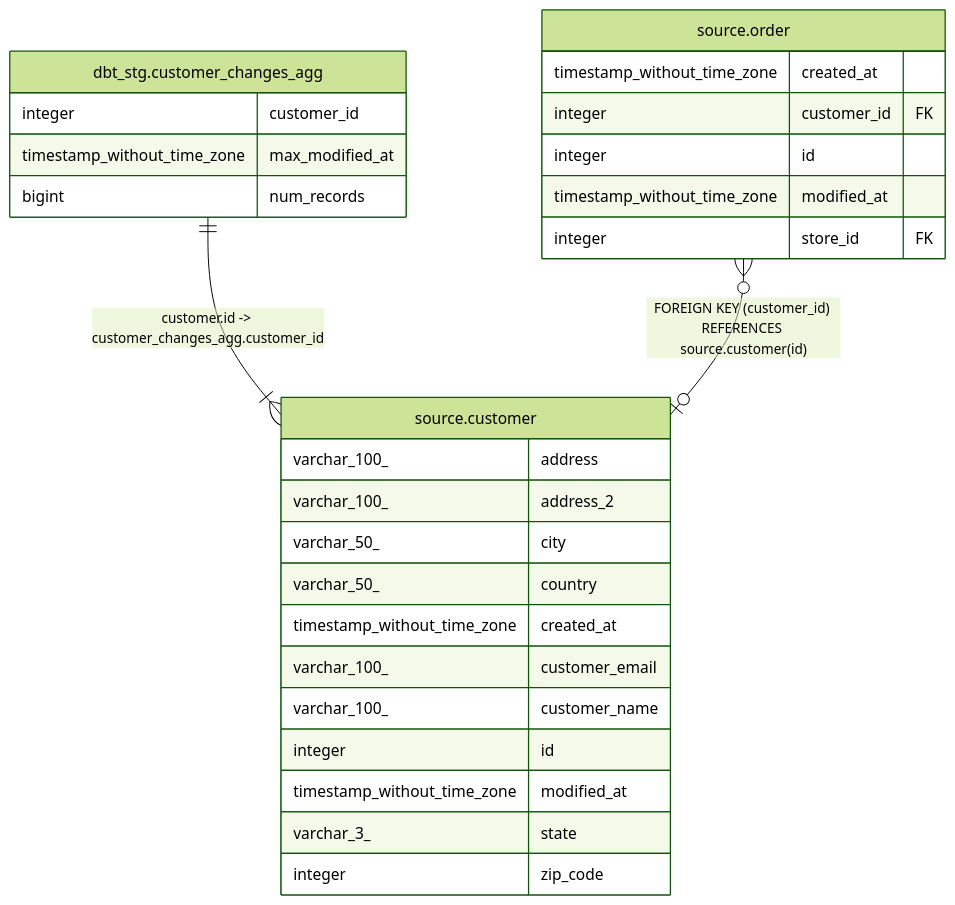
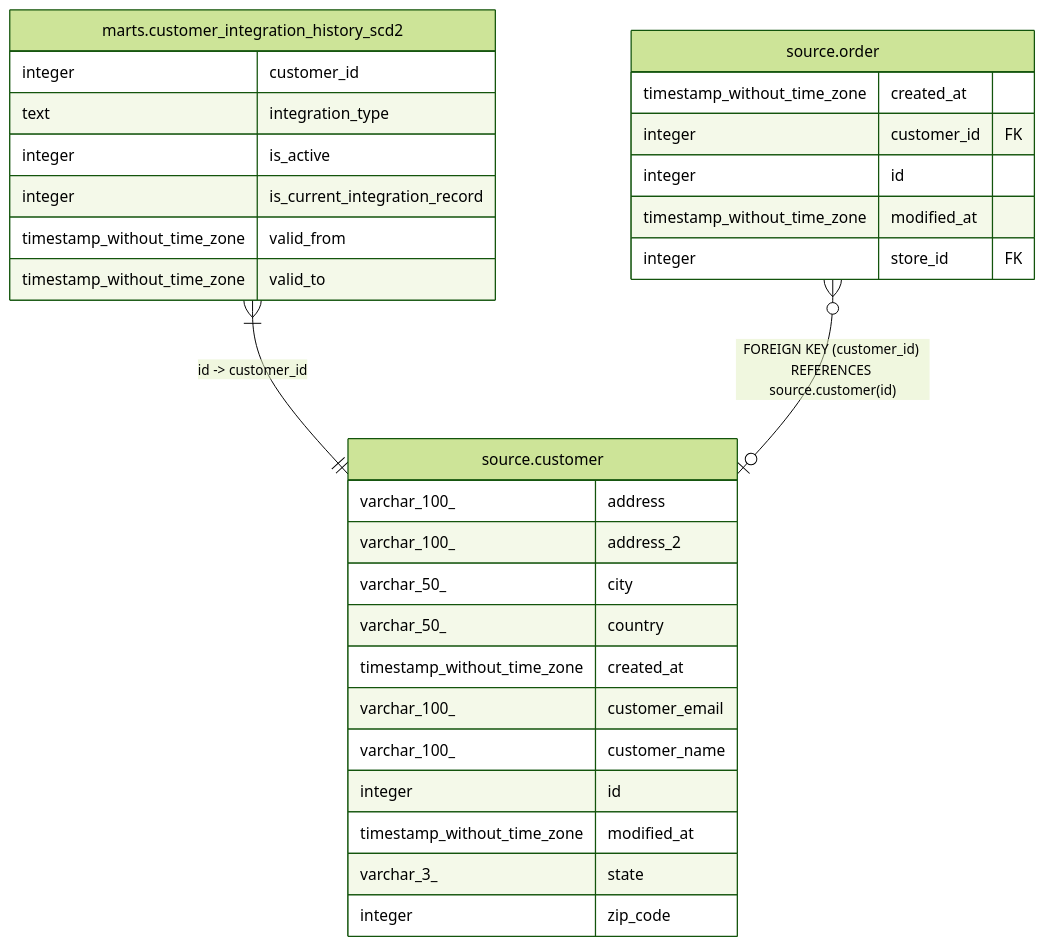
One commit to jyablonski/jyablonski_kimball_example changed the diagram in tbls/source.customer.md. Above: the diagram before and after it, drawn with Mermaid (forest theme). The commit also changed other lines of this file and 8 other files, not shown here.

````diff
--- a/tbls/source.customer.md
+++ b/tbls/source.customer.md
@@ -35,32 +35,35 @@
 ```mermaid
 erDiagram
 
-"dbt_stg.customer_changes_agg" ||--|{ "source.customer" : "customer.id -> customer_changes_agg.customer_id"
+"marts.customer_integration_history_scd2" }|--|| "source.customer" : "id -> customer_id"
 "source.order" }o--o| "source.customer" : "FOREIGN KEY (customer_id) REFERENCES source.customer(id)"
 
 "source.customer" {
   varchar_100_ address
   varchar_100_ address_2
   varchar_50_ city
   varchar_50_ country
   timestamp_without_time_zone created_at
   varchar_100_ customer_email
   varchar_100_ customer_name
   integer id
   timestamp_without_time_zone modified_at
   varchar_3_ state
   integer zip_code
 }
-"dbt_stg.customer_changes_agg" {
+"marts.customer_integration_history_scd2" {
   integer customer_id
-  timestamp_without_time_zone max_modified_at
-  bigint num_records
+  text integration_type
+  integer is_active
+  integer is_current_integration_record
+  timestamp_without_time_zone valid_from
+  timestamp_without_time_zone valid_to
 }
 "source.order" {
   timestamp_without_time_zone created_at
   integer customer_id FK
   integer id
   timestamp_without_time_zone modified_at
   integer store_id FK
 }
 ```
````
